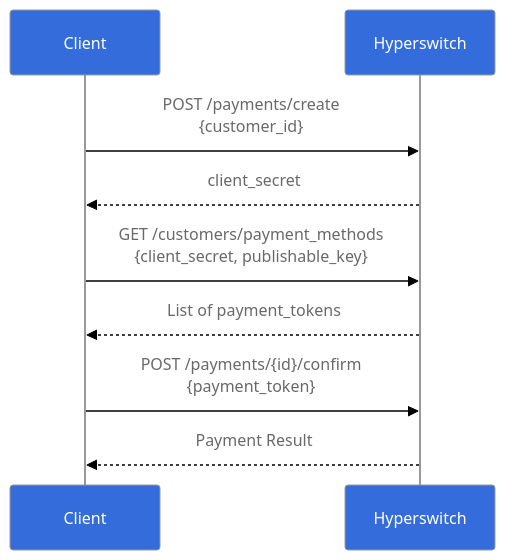
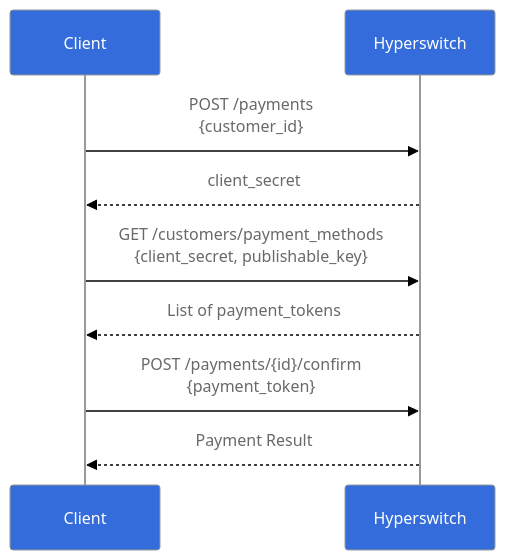
The sixth of 9 diagrams in integration-guide/payment-suite/payments/README.md (juspay/hyperswitch-docs), drawn with Mermaid before and after one commit. The commit also changed other lines of this file, not shown here.

First line of the commit message:
docs(payments): rewrite the Notes section around reader situations

````diff
--- a/integration-guide/payment-suite/payments/README.md
+++ b/integration-guide/payment-suite/payments/README.md
@@ -289,37 +300,37 @@
 ```mermaid
 %%{init: {
   "theme": "base",
   "themeVariables": {
     "primaryColor": "#ffffff",
     "primaryBorderColor": "#2563EB",
     "lineColor": "#2563EB",
     "secondaryColor": "#EFF6FF",
     "tertiaryColor": "#DBEAFE",
     "fontFamily": "Inter, system-ui, sans-serif",
     "fontSize": "14px",
     "textColor": "#000000",
 
     "actorBkg": "#346DDB",
     "actorBorder": "#999999",
     "actorTextColor": "#ffffff",
 
     "signalColor": "#000000",
     "signalTextColor": "#696969",
 
     "labelBoxBkgColor": "#346DDB",
     "labelBoxBorderColor": "#2563EB"
   }
 }}%%
 sequenceDiagram
     participant Client as Client
     participant HS as Hyperswitch
 
-    Client->>HS: POST /payments/create<br/>{customer_id}
+    Client->>HS: POST /payments<br/>{customer_id}
     HS-->>Client: client_secret
 
     Client->>HS: GET /customers/payment_methods<br/>{client_secret, publishable_key}
     HS-->>Client: List of payment_tokens
 
     Client->>HS: POST /payments/{id}/confirm<br/>{payment_token}
     HS-->>Client: Payment Result
 ```
````
